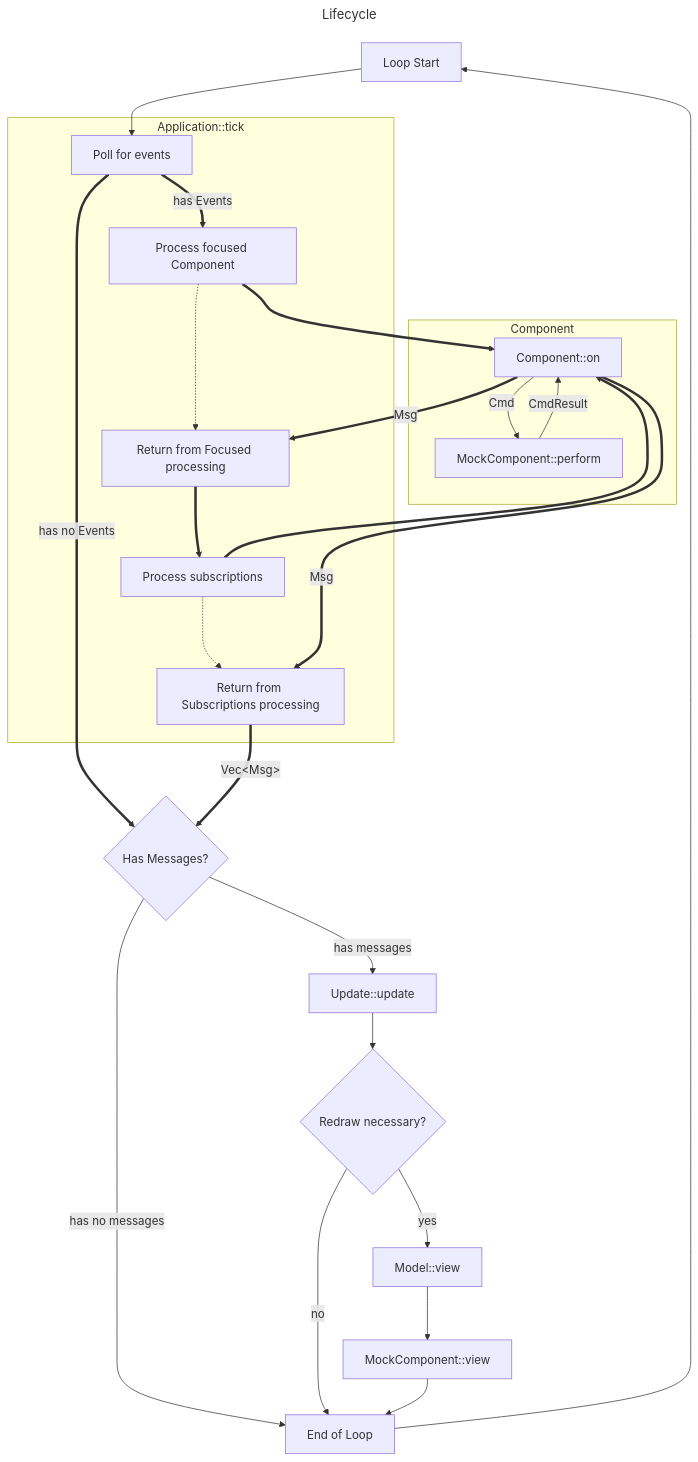
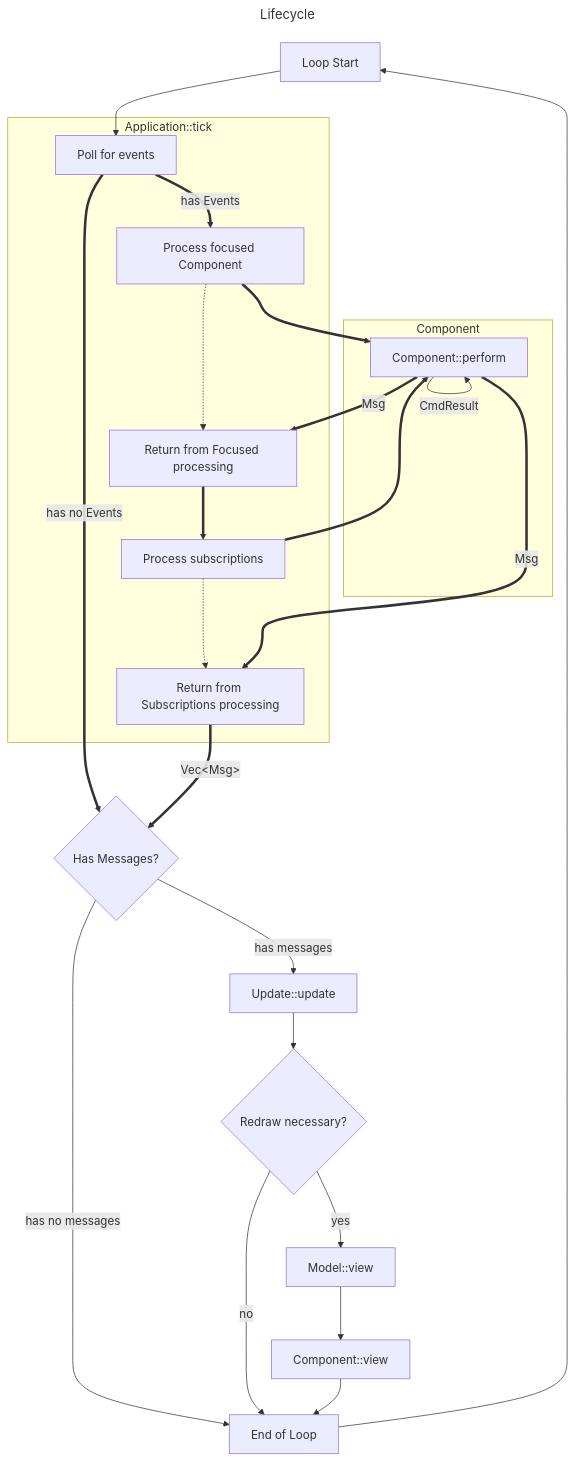
Before and after one commit to veeso/tui-realm: the diagram in crates/tuirealm/docs/en/get-started.md, drawn with Mermaid. The commit also changed other lines of this file and 68 other files, not shown here.

First line of the commit message:
refactor!: rename Component to AppComponent, MockComponent to Component (#161)

````diff
--- a/crates/tuirealm/docs/en/get-started.md
+++ b/crates/tuirealm/docs/en/get-started.md
@@ -443,59 +443,59 @@
 ```mermaid
 ---
 title: Lifecycle
 ---
 flowchart TD
     %% Define nodes first, as otherwise they may end up in the wrong subgraph.
     Loop["Loop Start"]
     Match{"Has Messages?"}
     Update["Update::update"]
     Redraw{"Redraw necessary?"}
     View["Model::view"]
-    ViewComponent["MockComponent::view"]
+    ViewComponent["Component::view"]
     LoopEnd["End of Loop"]
 
     subgraph Application::tick
         Poll["Poll for events"]
         Focused["Process focused Component"]
         FocusedRet["Return from Focused processing"]
         Subscriptions["Process subscriptions"]
         SubscriptionsRet["Return from Subscriptions processing"]
     end
 
     subgraph comp [Component]
         Component["Component::on"]
-        MockComponent["MockComponent::perform"]
+        Component["Component::perform"]
     end
 
     %% Do edges after defining all nodes and their subgraph positions, otherwise they may
     %% end up in the wrong subgraph for whatever reason.
 
     %% Main loop
     Loop --> Poll
     Match -->|has messages| Update
     Match -->|has no messages| LoopEnd
     Update --> Redraw
     Redraw -->|yes| View
     Redraw -->|no| LoopEnd
     View --> ViewComponent
     ViewComponent --> LoopEnd
     LoopEnd --> Loop
 
     %% Application::tick links
     Poll ==>|has Events| Focused
     Poll ==>|has no Events| Match
     Focused ==> Component
     FocusedRet ==> Subscriptions
     Subscriptions ==> Component
     SubscriptionsRet ==>|"Vec&lt;Msg>"| Match
 
     %% Slightly links those paths to make it easier to follow.
     %% And to indicate to mermaid to lay them out better.
     Focused-..->FocusedRet
     Subscriptions-..->SubscriptionsRet
 
     %% Component links
-    Component -->|Cmd| MockComponent
-    MockComponent -->|CmdResult| Component
+    Component -->|Cmd| Component
+    Component -->|CmdResult| Component
     Component ==>|Msg| FocusedRet & SubscriptionsRet
 ```
````
